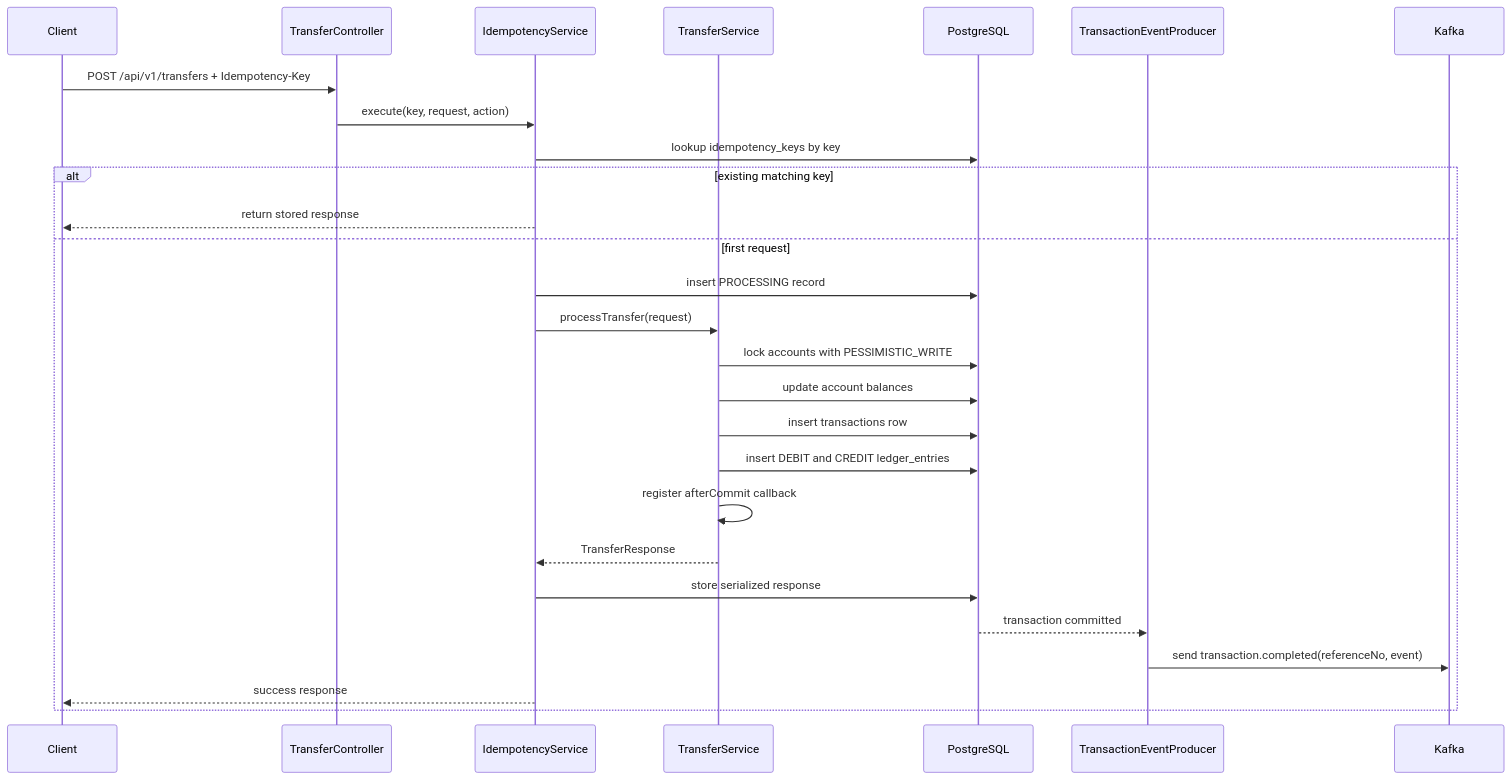
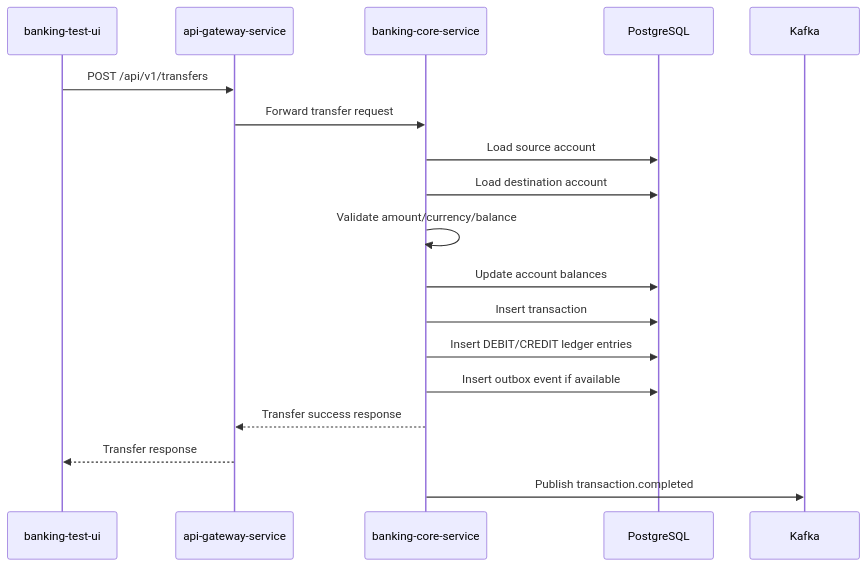
One commit to QuangMinh25/mini-core-banking-kafka changed the third of 6 diagrams in docs/kafka-core-banking-flow.md. Above: the diagram before and after it, drawn with Mermaid. The commit also changed other lines of this file and 96 other files, not shown here.

````diff
--- a/docs/kafka-core-banking-flow.md
+++ b/docs/kafka-core-banking-flow.md
@@ -68,30 +229,21 @@
 ```mermaid
 sequenceDiagram
-    participant C as Client
-    participant TC as TransferController
-    participant IDS as IdempotencyService
-    participant TS as TransferService
+    participant UI as banking-test-ui
+    participant GW as api-gateway-service
+    participant Core as banking-core-service
     participant DB as PostgreSQL
-    participant KP as TransactionEventProducer
-    participant K as Kafka
+    participant Kafka as Kafka
 
-    C->>TC: POST /api/v1/transfers + Idempotency-Key
-    TC->>IDS: execute(key, request, action)
-    IDS->>DB: lookup idempotency_keys by key
-    alt existing matching key
-        IDS-->>C: return stored response
-    else first request
-        IDS->>DB: insert PROCESSING record
-        IDS->>TS: processTransfer(request)
-        TS->>DB: lock accounts with PESSIMISTIC_WRITE
-        TS->>DB: update account balances
-        TS->>DB: insert transactions row
-        TS->>DB: insert DEBIT and CREDIT ledger_entries
-        TS->>TS: register afterCommit callback
-        TS-->>IDS: TransferResponse
-        IDS->>DB: store serialized response
-        DB-->>KP: transaction committed
-        KP->>K: send transaction.completed(referenceNo, event)
-        IDS-->>C: success response
-    end
+    UI->>GW: POST /api/v1/transfers
+    GW->>Core: Forward transfer request
+    Core->>DB: Load source account
+    Core->>DB: Load destination account
+    Core->>Core: Validate amount/currency/balance
+    Core->>DB: Update account balances
+    Core->>DB: Insert transaction
+    Core->>DB: Insert DEBIT/CREDIT ledger entries
+    Core->>DB: Insert outbox event if available
+    Core-->>GW: Transfer success response
+    GW-->>UI: Transfer response
+    Core->>Kafka: Publish transaction.completed
 ```
````
